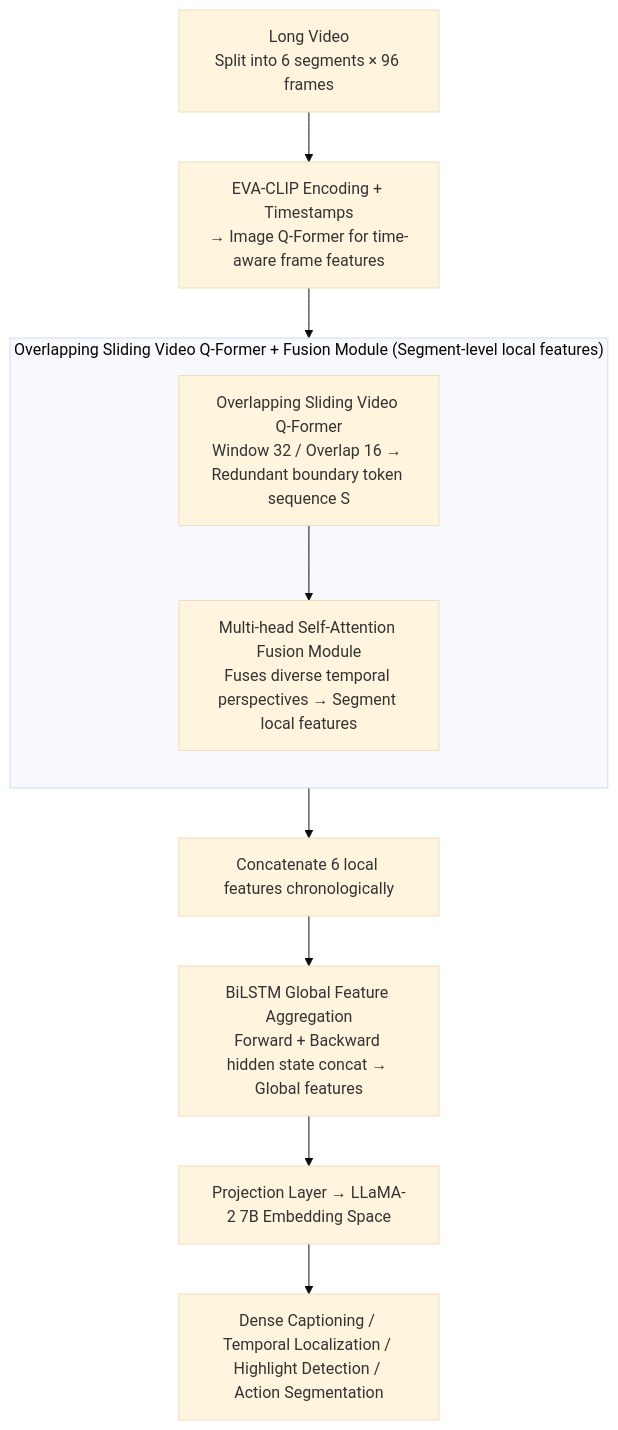
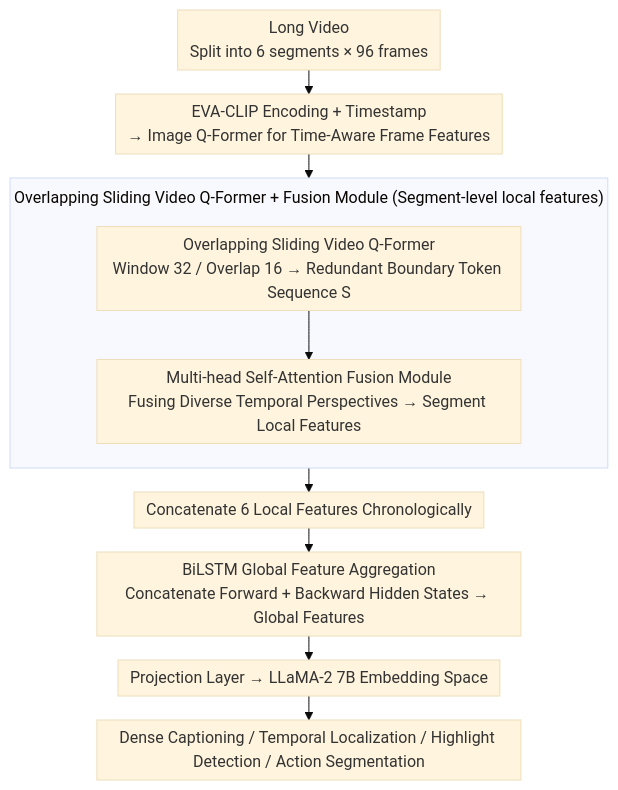
The diagram in docs/ACL2026/vlm_reasoning/temporalvlm_video_llms_for_temporal_reasoning_in_long_videos.md (zhaoyang97/Paper-Notes-en), drawn with Mermaid (base theme) before and after one commit. The commit also changed other lines of this file and 5084 other files, not shown here.

````diff
--- a/docs/ACL2026/vlm_reasoning/temporalvlm_video_llms_for_temporal_reasoning_in_long_videos.md
+++ b/docs/ACL2026/vlm_reasoning/temporalvlm_video_llms_for_temporal_reasoning_in_long_videos.md
@@ -45,13 +45,14 @@
 ```mermaid
-graph TD
-    A["Long Video<br/>Split into 6 segments × 96 frames"] --> B["EVA-CLIP Encoding + Timestamps<br/>→ Image Q-Former for time-aware frame features"]
+%%{init: {'flowchart': {'rankSpacing': 24, 'nodeSpacing': 28, 'padding': 6, 'wrappingWidth': 400, 'subGraphTitleMargin': {'top': 8, 'bottom': 16}}}}%%
+flowchart TD
+    A["Long Video<br/>Split into 6 segments × 96 frames"] --> B["EVA-CLIP Encoding + Timestamp<br/>→ Image Q-Former for Time-Aware Frame Features"]
     subgraph LOCAL["Overlapping Sliding Video Q-Former + Fusion Module (Segment-level local features)"]
         direction TB
-        C["Overlapping Sliding Video Q-Former<br/>Window 32 / Overlap 16 → Redundant boundary token sequence S"] --> D["Multi-head Self-Attention Fusion Module<br/>Fuses diverse temporal perspectives → Segment local features"]
+        C["Overlapping Sliding Video Q-Former<br/>Window 32 / Overlap 16 → Redundant Boundary Token Sequence S"] --> D["Multi-head Self-Attention Fusion Module<br/>Fusing Diverse Temporal Perspectives → Segment Local Features"]
     end
     B --> LOCAL
-    LOCAL --> E["Concatenate 6 local features chronologically"]
-    E --> F["BiLSTM Global Feature Aggregation<br/>Forward + Backward hidden state concat → Global features"]
+    LOCAL --> E["Concatenate 6 Local Features Chronologically"]
+    E --> F["BiLSTM Global Feature Aggregation<br/>Concatenate Forward + Backward Hidden States → Global Features"]
     F --> G["Projection Layer → LLaMA-2 7B Embedding Space"]
     G --> H["Dense Captioning / Temporal Localization / Highlight Detection / Action Segmentation"]
 ```
````
